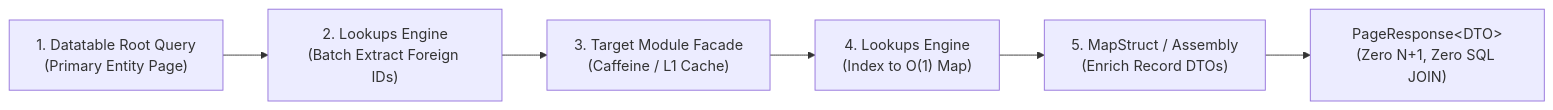
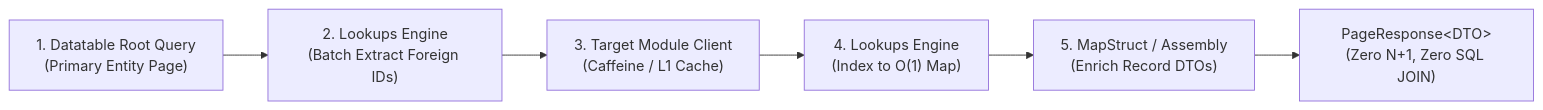
Before and after one commit to hyperdata-solusindo/proms-api: the diagram in docs/rules/11-the-golden-stack.md, drawn with Mermaid. The commit also changed other lines of this file and 116 other files, not shown here.

Commit message:
refactor: migrate inter-module facades to client contracts and add architecture specs

````diff
--- a/docs/rules/11-the-golden-stack.md
+++ b/docs/rules/11-the-golden-stack.md
@@ -9,8 +9,8 @@
 ```mermaid
 flowchart LR
     A["1. Datatable Root Query<br/>(Primary Entity Page)"] --> B["2. Lookups Engine<br/>(Batch Extract Foreign IDs)"]
-    B --> C["3. Target Module Facade<br/>(Caffeine / L1 Cache)"]
+    B --> C["3. Target Module Client<br/>(Caffeine / L1 Cache)"]
     C --> D["4. Lookups Engine<br/>(Index to O(1) Map)"]
     D --> E["5. MapStruct / Assembly<br/>(Enrich Record DTOs)"]
     E --> F["PageResponse&lt;DTO&gt;<br/>(Zero N+1, Zero SQL JOIN)"]
 ```
````
